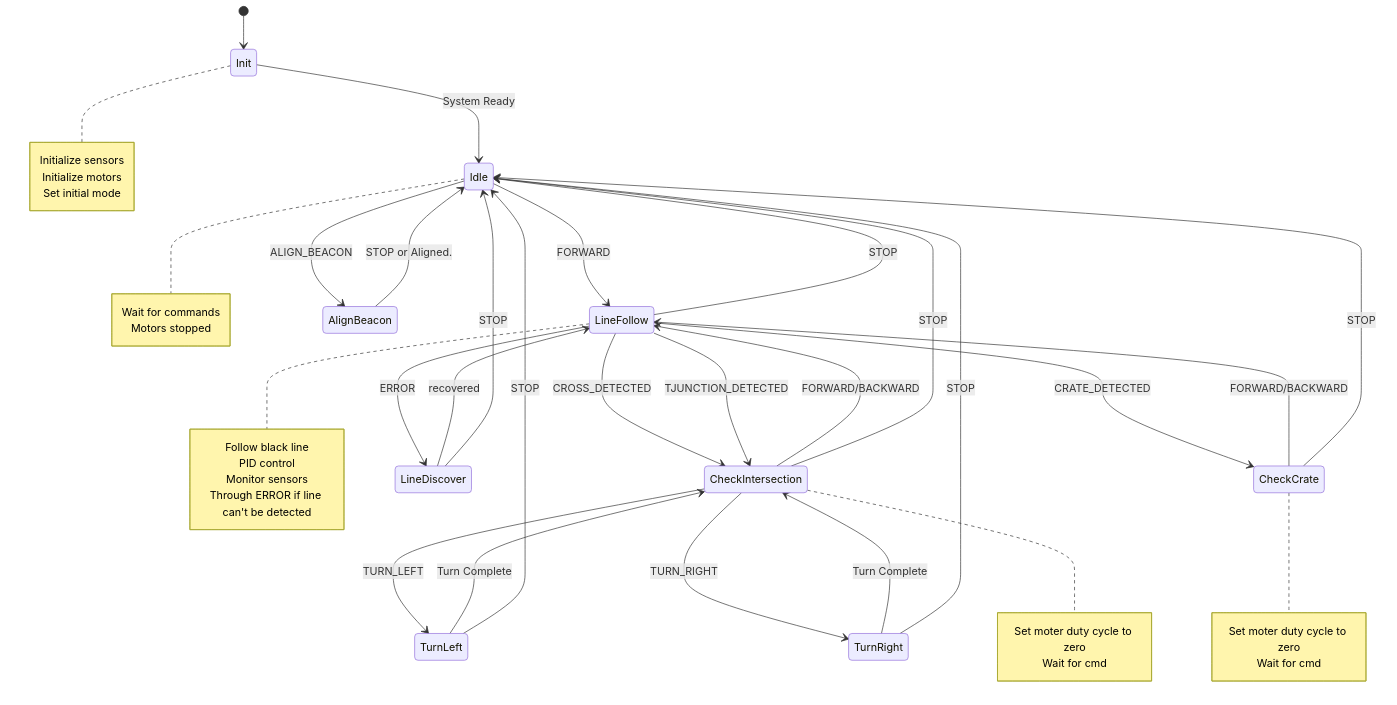
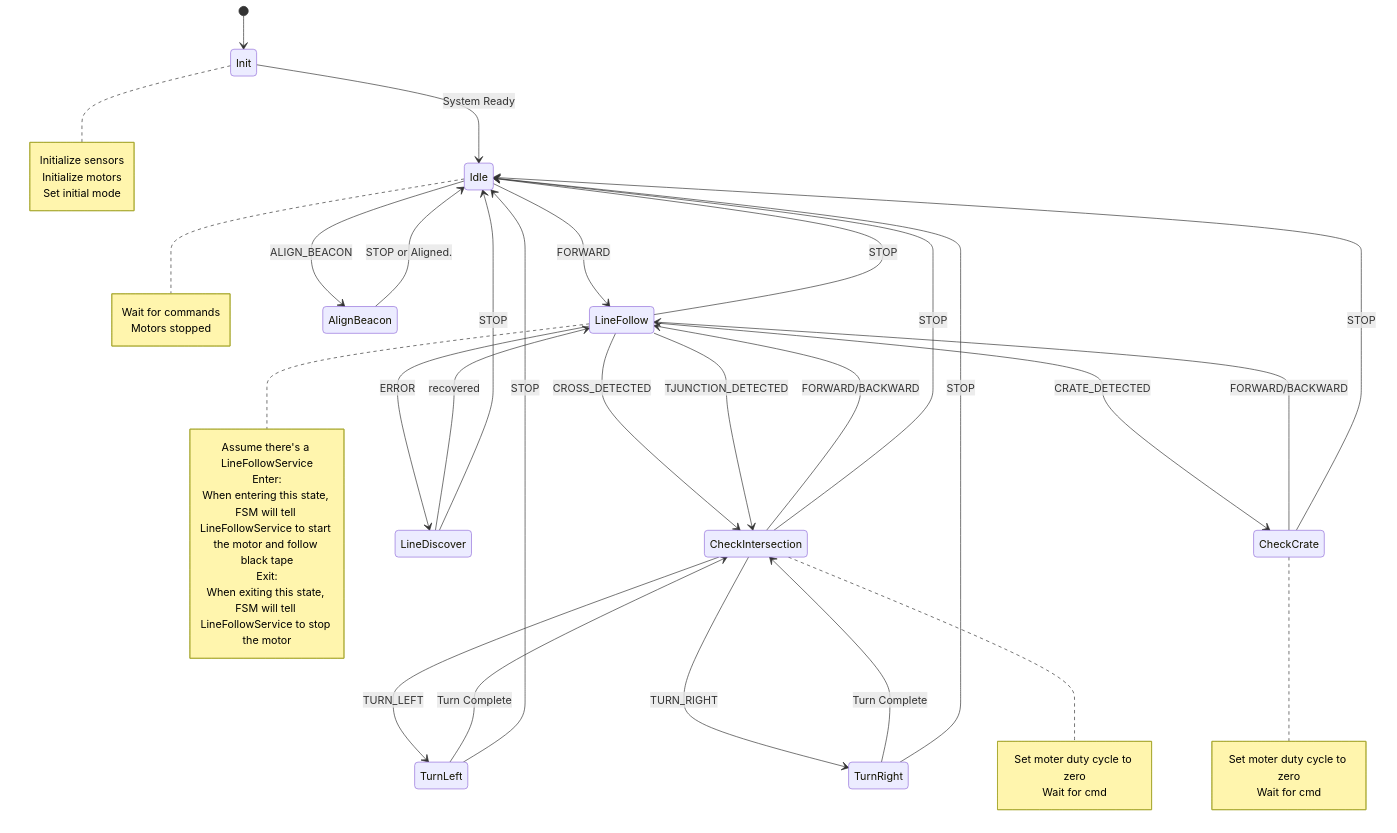
The diagram in FSM/navigator.md (yuanzhedong/ME218-final), drawn with Mermaid before and after one commit.

Commit message:
more fsm notes

````diff
--- a/FSM/navigator.md
+++ b/FSM/navigator.md
@@ -1,60 +1,61 @@
 ```mermaid
 stateDiagram-v2
     [*] --> Init
     
     Init --> Idle: System Ready
     note right of Init
         Initialize sensors
         Initialize motors
         Set initial mode
     end note
 
     Idle --> LineFollow: FORWARD
     Idle --> AlignBeacon: ALIGN_BEACON
     note right of Idle
         Wait for commands
         Motors stopped
     end note
 
     AlignBeacon --> Idle: STOP or Aligned.
 
     LineFollow --> CheckCrate: CRATE_DETECTED
     LineFollow --> CheckIntersection: CROSS_DETECTED
     LineFollow --> Idle: STOP
     LineFollow --> LineDiscover: ERROR
     LineFollow --> CheckIntersection: TJUNCTION_DETECTED
     note right of LineFollow
-        Follow black line
-        PID control
-        Monitor sensors
-        Through ERROR if line can't be detected
+      Assume there's a LineFollowService
+      Enter:
+        When entering this state, FSM will tell LineFollowService to start the motor and follow black tape
+      Exit:
+        When exiting this state, FSM will tell LineFollowService to stop the motor
     end note
 
     CheckIntersection --> TurnLeft: TURN_LEFT
     CheckIntersection --> TurnRight: TURN_RIGHT
     CheckIntersection --> LineFollow: FORWARD/BACKWARD
     CheckIntersection --> Idle: STOP
     note right of CheckIntersection
         Set moter duty cycle to zero
         Wait for cmd
     end note
 
     TurnLeft --> CheckIntersection: Turn Complete
     TurnRight --> CheckIntersection: Turn Complete
 
     TurnLeft --> Idle: STOP
     TurnRight --> Idle: STOP
 
     LineDiscover --> LineFollow: recovered
     LineDiscover --> Idle: STOP
 
     CheckCrate --> LineFollow: FORWARD/BACKWARD
     CheckCrate --> Idle: STOP
     note right of CheckCrate
         Set moter duty cycle to zero
         Wait for cmd
     end note
 
     
 
 ```
````
